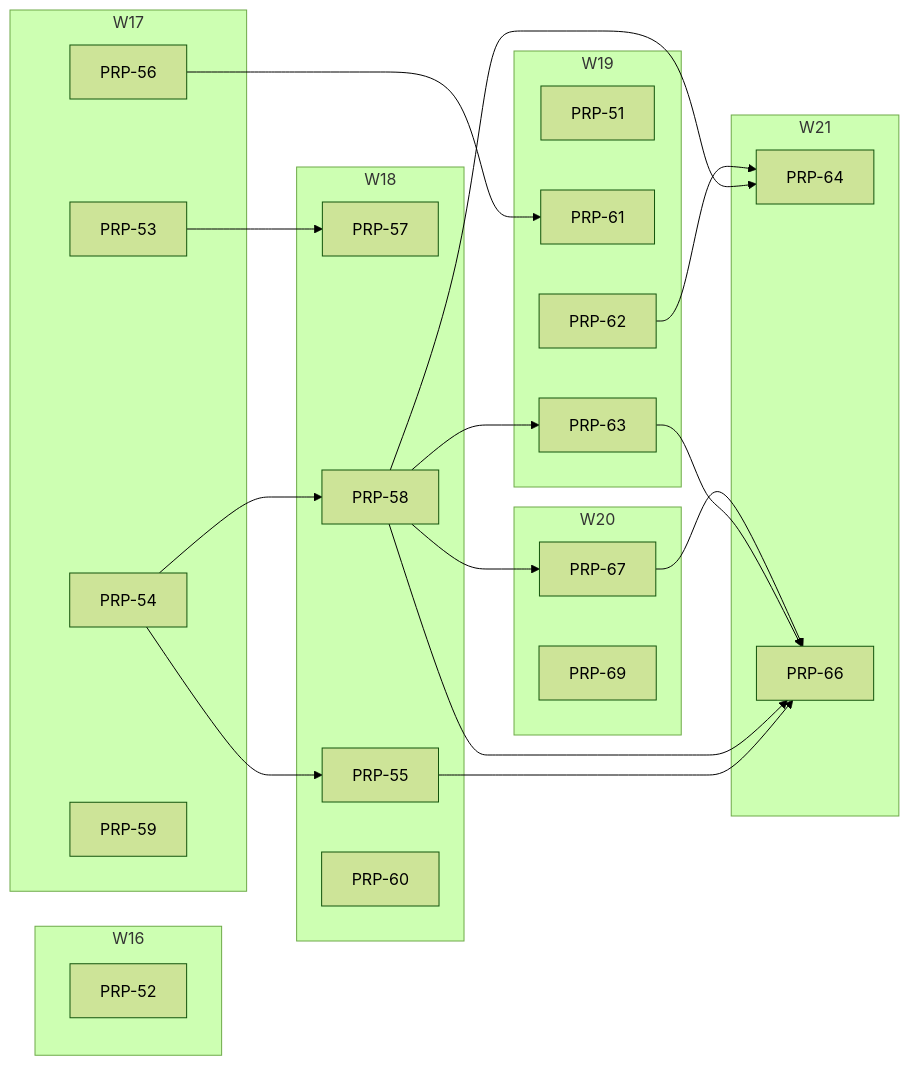
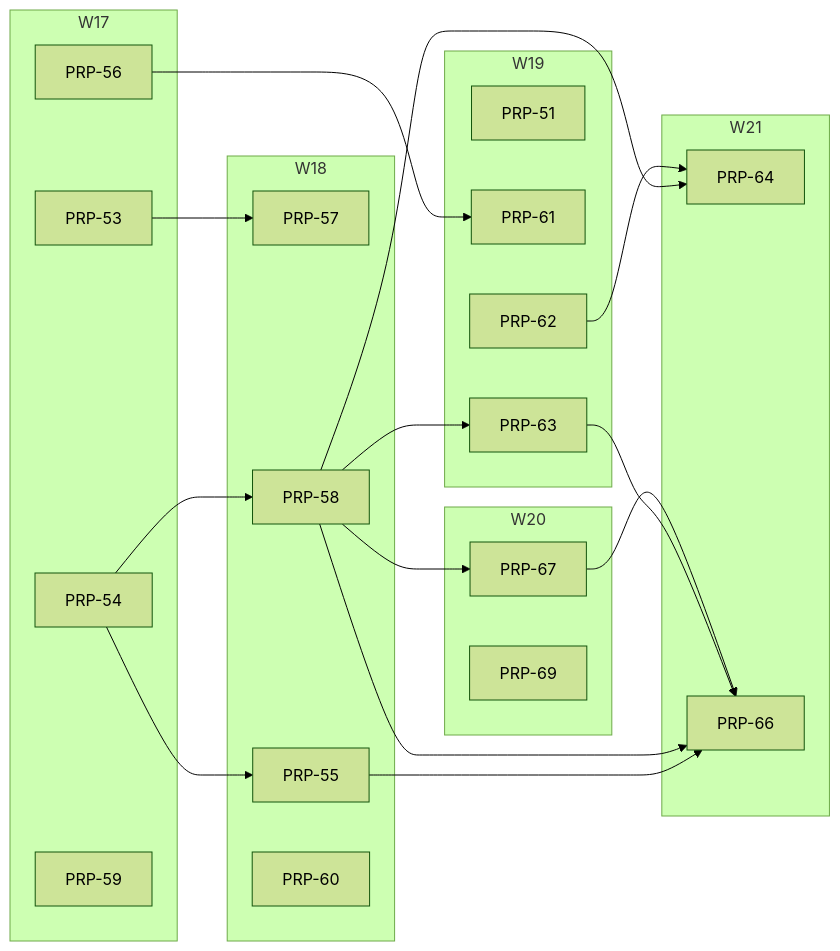
One commit to fgarofalo56/neurosphere changed the diagram in PRPs/EXECUTION-PLAN.md. Above: the diagram before and after it, drawn with Mermaid (forest theme). The commit also changed other lines of this file and 6 other files, not shown here.

````diff
--- a/PRPs/EXECUTION-PLAN.md
+++ b/PRPs/EXECUTION-PLAN.md
@@ -116,44 +108,41 @@
 ```mermaid
 flowchart LR
-  subgraph W16
-    P52["PRP-52"]
-  end
   subgraph W17
     P53["PRP-53"]
     P54["PRP-54"]
     P56["PRP-56"]
     P59["PRP-59"]
   end
   subgraph W18
     P57["PRP-57"]
     P55["PRP-55"]
     P58["PRP-58"]
     P60["PRP-60"]
   end
   subgraph W19
     P51["PRP-51"]
     P61["PRP-61"]
     P62["PRP-62"]
     P63["PRP-63"]
   end
   subgraph W20
     P67["PRP-67"]
     P69["PRP-69"]
   end
   subgraph W21
     P64["PRP-64"]
     P66["PRP-66"]
   end
   P54 --> P55
   P53 --> P57
   P54 --> P58
   P56 --> P61
   P58 --> P63
   P58 --> P64
   P62 --> P64
   P55 --> P66
   P58 --> P66
   P63 --> P66
   P67 --> P66
   P58 --> P67
 ```
````
